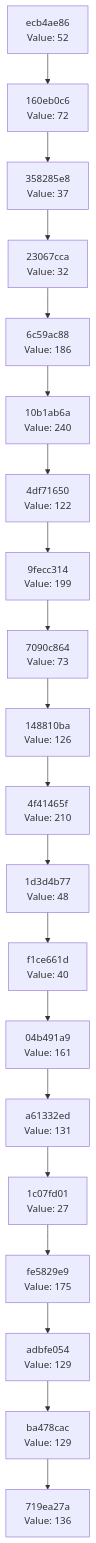
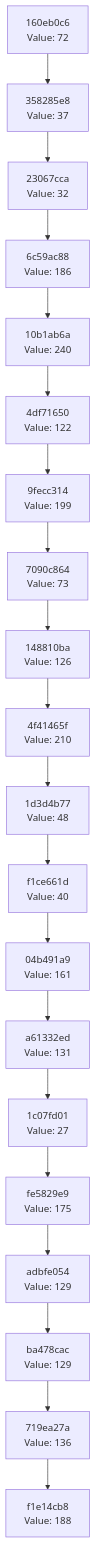
One commit to Abhisheksinha1506/hash-chain-evolver changed the diagram in docs/CHAIN_VISUALIZATION.md. Above: the diagram before and after it, drawn with Mermaid. The commit also changed 2 other files, not shown here.

Commit message:
Evolution step: hash 0xBC → action executed

````diff
--- a/docs/CHAIN_VISUALIZATION.md
+++ b/docs/CHAIN_VISUALIZATION.md
@@ -3,42 +3,42 @@
 ```mermaid
 graph TD
-    C0["719ea27a<br/>Value: 136"]
-    C1["ba478cac<br/>Value: 129"]
+    C0["f1e14cb8<br/>Value: 188"]
+    C1["719ea27a<br/>Value: 136"]
     C1 --> C0
-    C2["adbfe054<br/>Value: 129"]
+    C2["ba478cac<br/>Value: 129"]
     C2 --> C1
-    C3["fe5829e9<br/>Value: 175"]
+    C3["adbfe054<br/>Value: 129"]
     C3 --> C2
-    C4["1c07fd01<br/>Value: 27"]
+    C4["fe5829e9<br/>Value: 175"]
     C4 --> C3
-    C5["a61332ed<br/>Value: 131"]
+    C5["1c07fd01<br/>Value: 27"]
     C5 --> C4
-    C6["04b491a9<br/>Value: 161"]
+    C6["a61332ed<br/>Value: 131"]
     C6 --> C5
-    C7["f1ce661d<br/>Value: 40"]
+    C7["04b491a9<br/>Value: 161"]
     C7 --> C6
-    C8["1d3d4b77<br/>Value: 48"]
+    C8["f1ce661d<br/>Value: 40"]
     C8 --> C7
-    C9["4f41465f<br/>Value: 210"]
+    C9["1d3d4b77<br/>Value: 48"]
     C9 --> C8
-    C10["148810ba<br/>Value: 126"]
+    C10["4f41465f<br/>Value: 210"]
     C10 --> C9
-    C11["7090c864<br/>Value: 73"]
+    C11["148810ba<br/>Value: 126"]
     C11 --> C10
-    C12["9fecc314<br/>Value: 199"]
+    C12["7090c864<br/>Value: 73"]
     C12 --> C11
-    C13["4df71650<br/>Value: 122"]
+    C13["9fecc314<br/>Value: 199"]
     C13 --> C12
-    C14["10b1ab6a<br/>Value: 240"]
+    C14["4df71650<br/>Value: 122"]
     C14 --> C13
-    C15["6c59ac88<br/>Value: 186"]
+    C15["10b1ab6a<br/>Value: 240"]
     C15 --> C14
-    C16["23067cca<br/>Value: 32"]
+    C16["6c59ac88<br/>Value: 186"]
     C16 --> C15
-    C17["358285e8<br/>Value: 37"]
+    C17["23067cca<br/>Value: 32"]
     C17 --> C16
-    C18["160eb0c6<br/>Value: 72"]
+    C18["358285e8<br/>Value: 37"]
     C18 --> C17
-    C19["ecb4ae86<br/>Value: 52"]
+    C19["160eb0c6<br/>Value: 72"]
     C19 --> C18
 ```
````
